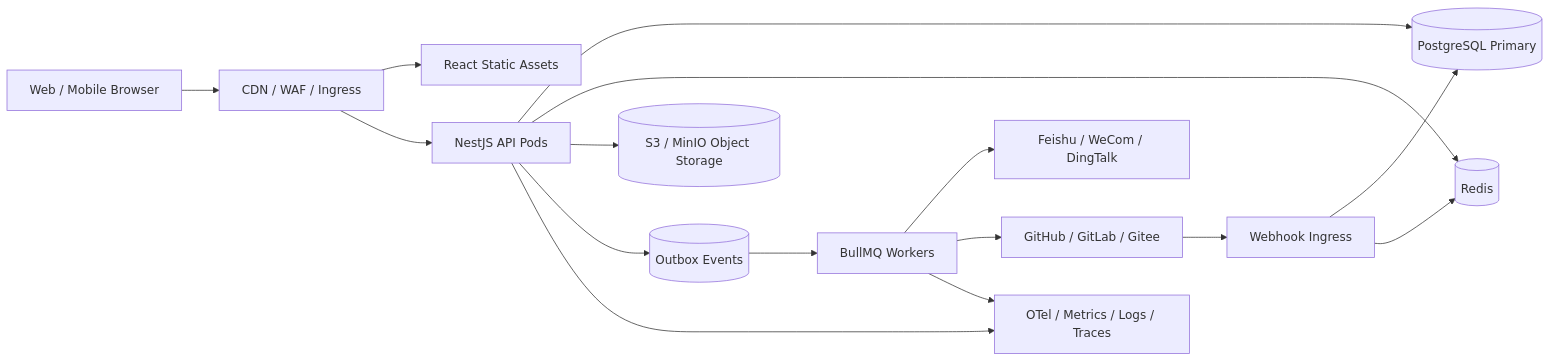
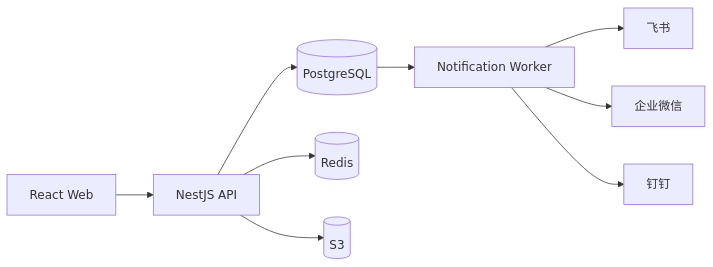
The diagram in docs/architecture.md (ai-bytedance/Veritab), drawn with Mermaid before and after one commit. The commit also changed other lines of this file and 12 other files, not shown here.

````diff
--- a/docs/architecture.md
+++ b/docs/architecture.md
@@ -102,18 +19,11 @@
 ```mermaid
 flowchart LR
-  U["Web / Mobile Browser"] --> EDGE["CDN / WAF / Ingress"]
-  EDGE --> WEB["React Static Assets"]
-  EDGE --> API["NestJS API Pods"]
-  API --> PG[("PostgreSQL Primary")]
-  API --> REDIS[("Redis")]
-  API --> S3[("S3 / MinIO Object Storage")]
-  API --> OUTBOX[("Outbox Events")]
-  OUTBOX --> WORKER["BullMQ Workers"]
-  WORKER --> CH["Feishu / WeCom / DingTalk"]
-  WORKER --> GIT["GitHub / GitLab / Gitee"]
-  GIT --> HOOK["Webhook Ingress"]
-  HOOK --> PG
-  HOOK --> REDIS
-  API --> OBS["OTel / Metrics / Logs / Traces"]
-  WORKER --> OBS
+  Browser["React Web"] --> API["NestJS API"]
+  API --> PG[(PostgreSQL)]
+  API --> Redis[(Redis)]
+  API --> S3[(S3)]
+  PG --> Worker["Notification Worker"]
+  Worker --> Feishu["飞书"]
+  Worker --> WeCom["企业微信"]
+  Worker --> DingTalk["钉钉"]
 ```
````
